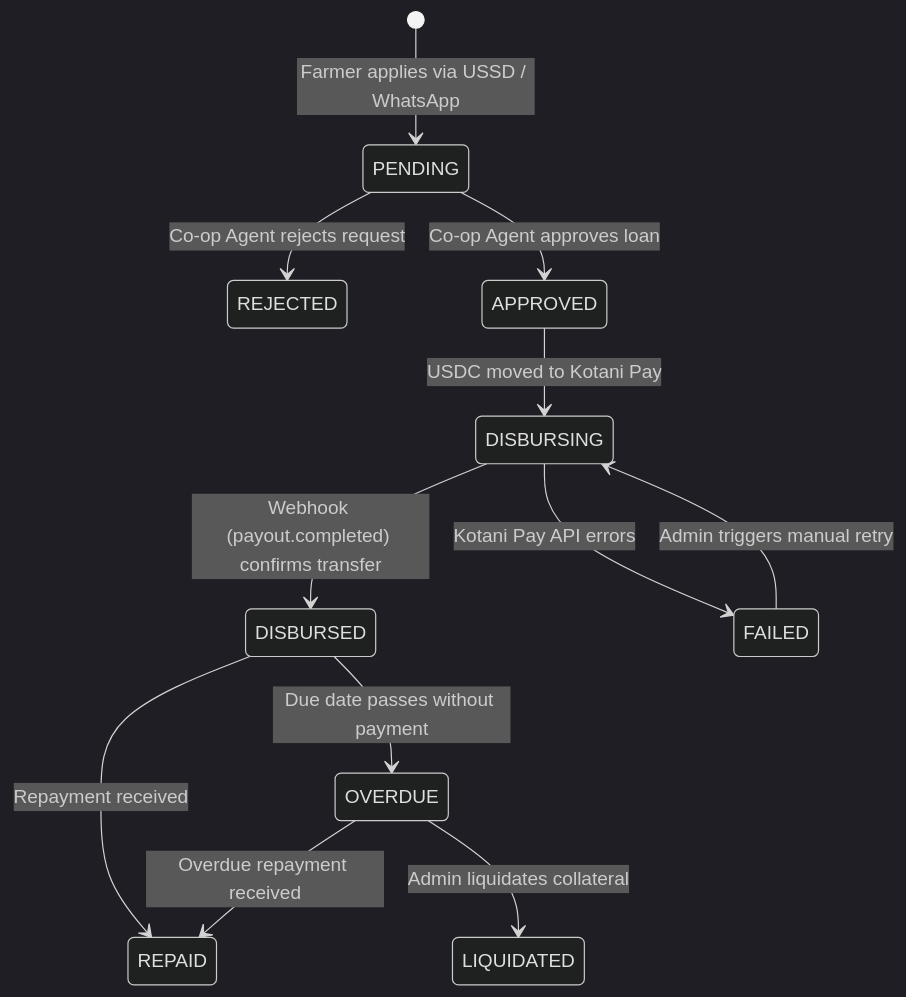
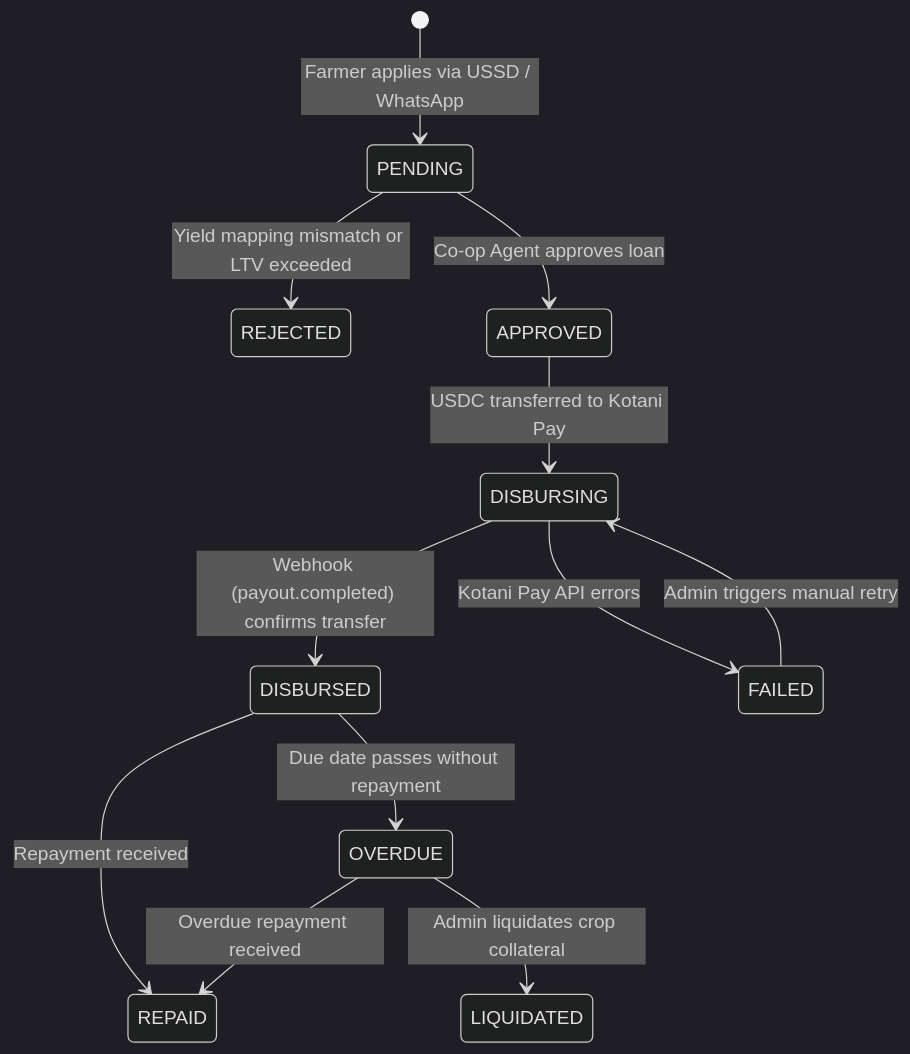
One commit to BikkoFarms/bikkofarms-platform changed the fourth of 7 diagrams in system_architecture.md. Above: the diagram before and after it, drawn with Mermaid (dark theme). The commit also changed other lines of this file and 16 other files, not shown here.

````diff
--- a/system_architecture.md
+++ b/system_architecture.md
@@ -190,14 +194,14 @@
 ```mermaid
 stateDiagram-v2
     [*] --> PENDING : Farmer applies via USSD / WhatsApp
-    PENDING --> REJECTED : Co-op Agent rejects request
+    PENDING --> REJECTED : Yield mapping mismatch or LTV exceeded
     PENDING --> APPROVED : Co-op Agent approves loan
-    APPROVED --> DISBURSING : USDC moved to Kotani Pay
+    APPROVED --> DISBURSING : USDC transferred to Kotani Pay
     DISBURSING --> DISBURSED : Webhook (payout.completed) confirms transfer
     DISBURSING --> FAILED : Kotani Pay API errors
     FAILED --> DISBURSING : Admin triggers manual retry
     DISBURSED --> REPAID : Repayment received
-    DISBURSED --> OVERDUE : Due date passes without payment
-    OVERDUE --> LIQUIDATED : Admin liquidates collateral
+    DISBURSED --> OVERDUE : Due date passes without repayment
+    OVERDUE --> LIQUIDATED : Admin liquidates crop collateral
     OVERDUE --> REPAID : Overdue repayment received
 ```
````
